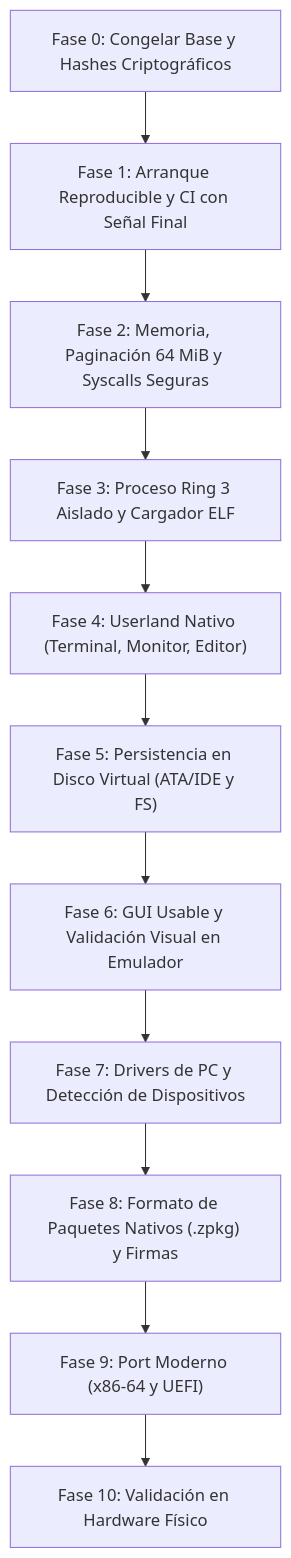
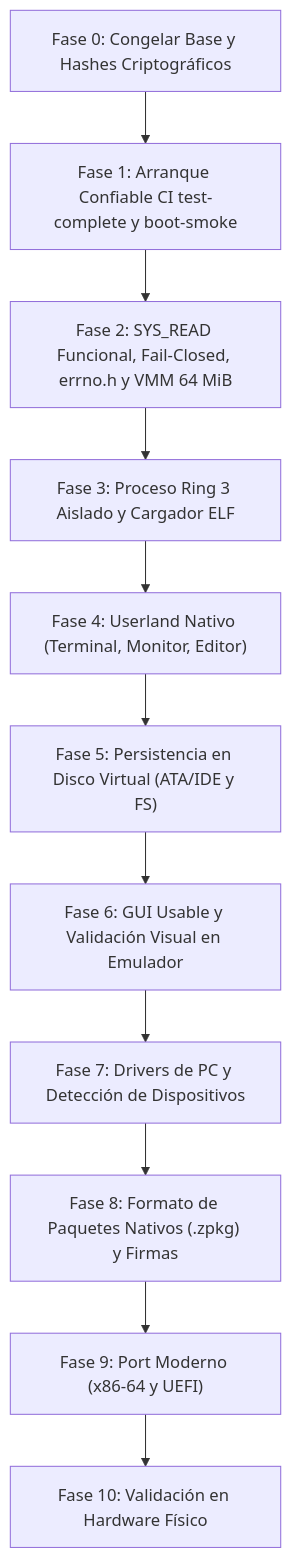
One commit to Camila-Ianni/Zenthra changed the diagram in docs/ROADMAP.md. Above: the diagram before and after it, drawn with Mermaid. The commit also changed other lines of this file and 12 other files, not shown here.

Commit message:
fix(v15): SYS_READ funcional con cola de teclado, validacion fail-closed, errno.h y separacion QEMU test-complete / boot-smoke

````diff
--- a/docs/ROADMAP.md
+++ b/docs/ROADMAP.md
@@ -10,13 +10,13 @@
 ```mermaid
 flowchart TD
-    F0["Fase 0: Congelar Base y Hashes Criptográficos"] --> F1["Fase 1: Arranque Reproducible y CI con Señal Final"]
-    F1 --> F2["Fase 2: Memoria, Paginación 64 MiB y Syscalls Seguras"]
+    F0["Fase 0: Congelar Base y Hashes Criptográficos"] --> F1["Fase 1: Arranque Confiable CI test-complete y boot-smoke"]
+    F1 --> F2["Fase 2: SYS_READ Funcional, Fail-Closed, errno.h y VMM 64 MiB"]
     F2 --> F3["Fase 3: Proceso Ring 3 Aislado y Cargador ELF"]
     F3 --> F4["Fase 4: Userland Nativo (Terminal, Monitor, Editor)"]
     F4 --> F5["Fase 5: Persistencia en Disco Virtual (ATA/IDE y FS)"]
     F5 --> F6["Fase 6: GUI Usable y Validación Visual en Emulador"]
     F6 --> F7["Fase 7: Drivers de PC y Detección de Dispositivos"]
     F7 --> F8["Fase 8: Formato de Paquetes Nativos (.zpkg) y Firmas"]
     F8 --> F9["Fase 9: Port Moderno (x86-64 y UEFI)"]
     F9 --> F10["Fase 10: Validación en Hardware Físico"]
 ```
````
